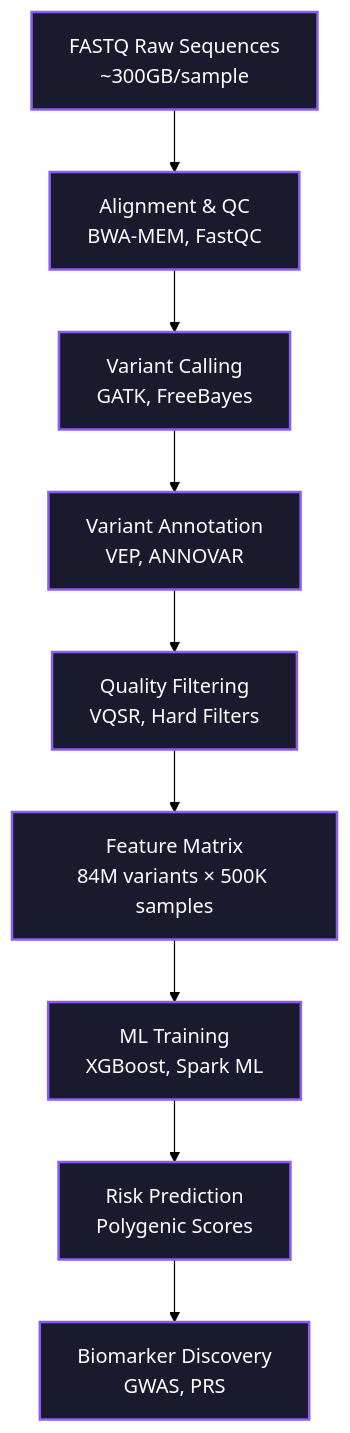
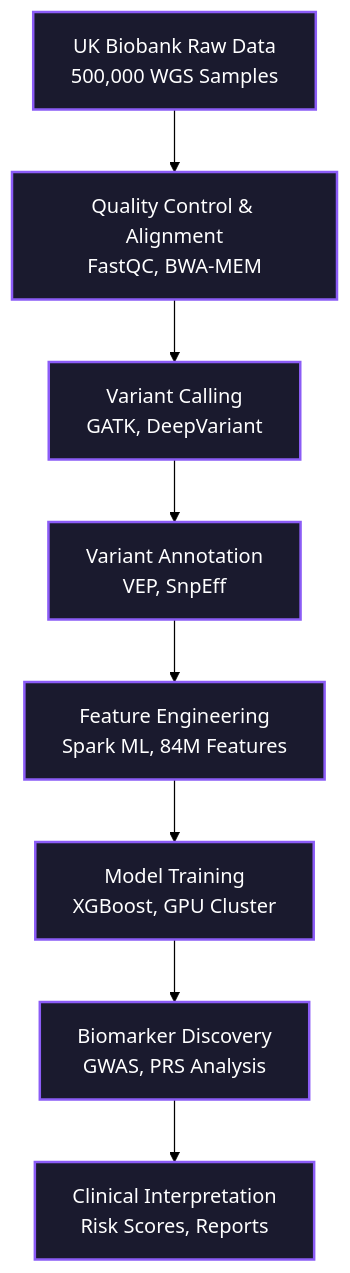
One commit to idrees118/idrees118.github.io changed the diagram in index.md. Above: the diagram before and after it, drawn with Mermaid (forest theme). The commit also changed other lines of this file, not shown here.

```diff
--- a/index.md
+++ b/index.md
@@ -559,21 +444,19 @@
         <div class="mermaid">
 graph TD
-    A[FASTQ Raw Sequences<br/>~300GB/sample] --> B[Alignment & QC<br/>BWA-MEM, FastQC]
-    B --> C[Variant Calling<br/>GATK, FreeBayes]
-    C --> D[Variant Annotation<br/>VEP, ANNOVAR]
-    D --> E[Quality Filtering<br/>VQSR, Hard Filters]
-    E --> F[Feature Matrix<br/>84M variants × 500K samples]
-    F --> G[ML Training<br/>XGBoost, Spark ML]
-    G --> H[Risk Prediction<br/>Polygenic Scores]
-    H --> I[Biomarker Discovery<br/>GWAS, PRS]
+    A[UK Biobank Raw Data<br/>500,000 WGS Samples] --> B[Quality Control & Alignment<br/>FastQC, BWA-MEM]
+    B --> C[Variant Calling<br/>GATK, DeepVariant]
+    C --> D[Variant Annotation<br/>VEP, SnpEff]
+    D --> E[Feature Engineering<br/>Spark ML, 84M Features]
+    E --> F[Model Training<br/>XGBoost, GPU Cluster]
+    F --> G[Biomarker Discovery<br/>GWAS, PRS Analysis]
+    G --> H[Clinical Interpretation<br/>Risk Scores, Reports]
     
     style A fill:#1a1a2e,stroke:#8b5cf6,stroke-width:2px,color:#ffffff
     style B fill:#1a1a2e,stroke:#8b5cf6,stroke-width:2px,color:#ffffff
     style C fill:#1a1a2e,stroke:#8b5cf6,stroke-width:2px,color:#ffffff
     style D fill:#1a1a2e,stroke:#8b5cf6,stroke-width:2px,color:#ffffff
     style E fill:#1a1a2e,stroke:#8b5cf6,stroke-width:2px,color:#ffffff
     style F fill:#1a1a2e,stroke:#8b5cf6,stroke-width:2px,color:#ffffff
     style G fill:#1a1a2e,stroke:#8b5cf6,stroke-width:2px,color:#ffffff
     style H fill:#1a1a2e,stroke:#8b5cf6,stroke-width:2px,color:#ffffff
-    style I fill:#1a1a2e,stroke:#8b5cf6,stroke-width:2px,color:#ffffff
         </div>
```
